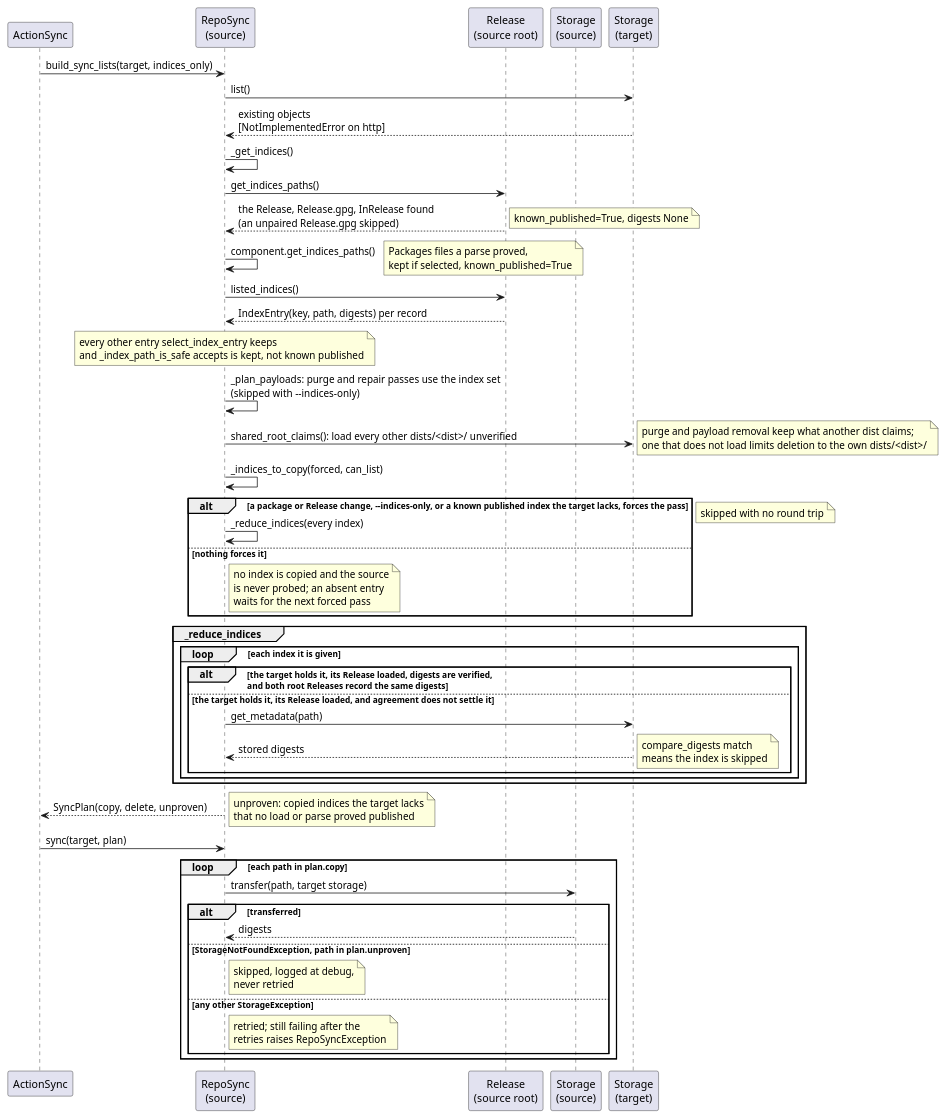
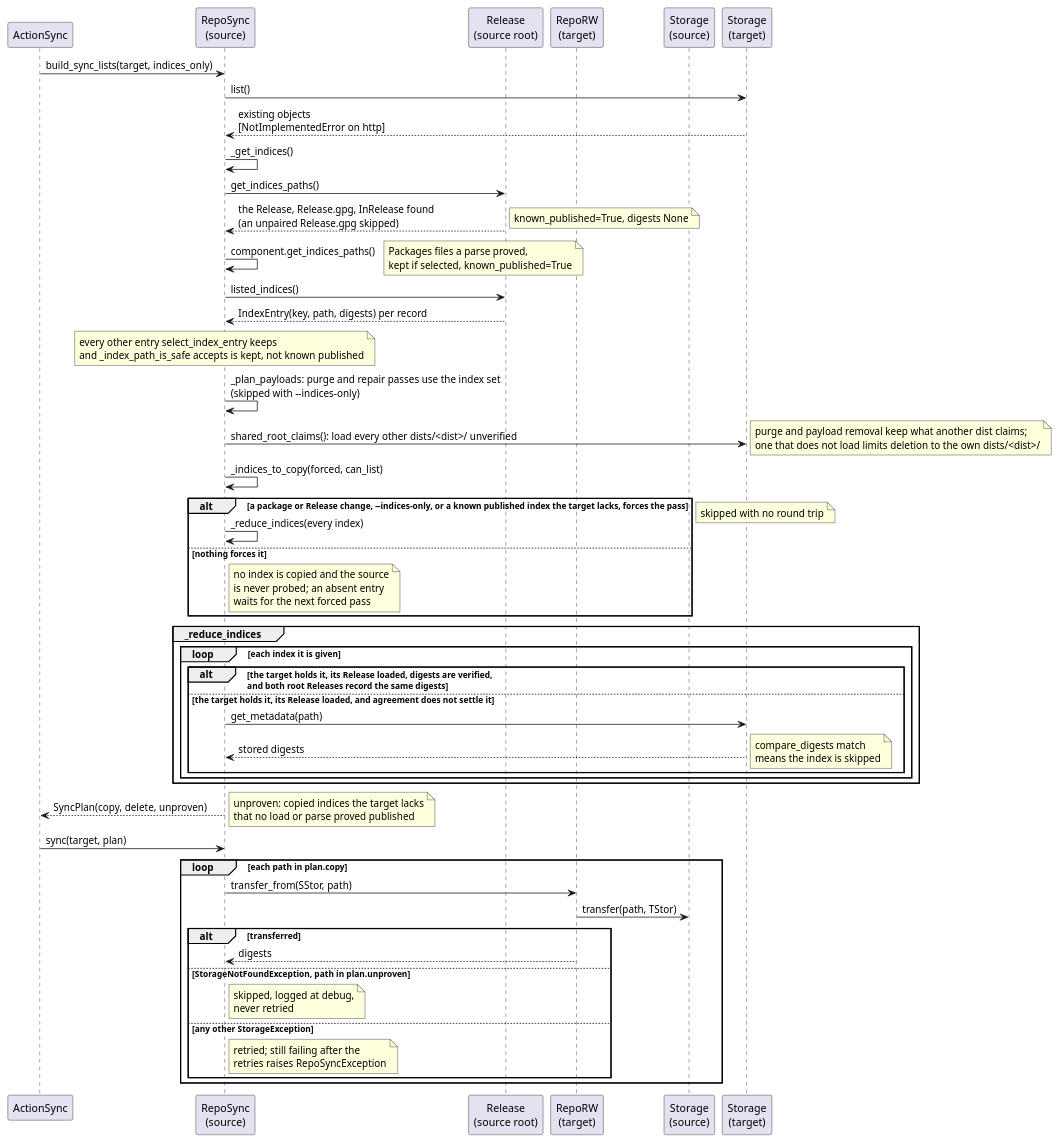
The diagram in docs/development/diagrams/repo-sync-indices-sequence.puml (vinklat/debkit), drawn with PlantUML before and after one commit. The commit also changed 14 other files, not shown here.

```diff
--- a/docs/development/diagrams/repo-sync-indices-sequence.puml
+++ b/docs/development/diagrams/repo-sync-indices-sequence.puml
@@ -1,60 +1,62 @@
 @startuml
 participant ActionSync
 participant "RepoSync\n(source)" as Src
 participant "Release\n(source root)" as Rel
+participant "RepoRW\n(target)" as Tgt
 participant "Storage\n(source)" as SStor
 participant "Storage\n(target)" as TStor
 
 ActionSync -> Src: build_sync_lists(target, indices_only)
 Src -> TStor: list()
 TStor --> Src: existing objects\n[NotImplementedError on http]
 
 Src -> Src: _get_indices()
 Src -> Rel: get_indices_paths()
 Rel --> Src: the Release, Release.gpg, InRelease found\n(an unpaired Release.gpg skipped)
 note right: known_published=True, digests None
 Src -> Src: component.get_indices_paths()
 note right: Packages files a parse proved,\nkept if selected, known_published=True
 Src -> Rel: listed_indices()
 Rel --> Src: IndexEntry(key, path, digests) per record
 
 note over Src: every other entry select_index_entry keeps\nand _index_path_is_safe accepts is kept, not known published
 
 Src -> Src: _plan_payloads: purge and repair passes use the index set\n(skipped with --indices-only)
 Src -> TStor: shared_root_claims(): load every other dists/<dist>/ unverified
 note right: purge and payload removal keep what another dist claims;\none that does not load limits deletion to the own dists/<dist>/
 
 Src -> Src: _indices_to_copy(forced, can_list)
 alt a package or Release change, --indices-only, or a known published index the target lacks, forces the pass
   Src -> Src: _reduce_indices(every index)
 else nothing forces it
   note right of Src: no index is copied and the source\nis never probed; an absent entry\nwaits for the next forced pass
 end
 
 group _reduce_indices
   loop each index it is given
     alt the target holds it, its Release loaded, digests are verified,\nand both root Releases record the same digests
       note right: skipped with no round trip
     else the target holds it, its Release loaded, and agreement does not settle it
       Src -> TStor: get_metadata(path)
       TStor --> Src: stored digests
       note right: compare_digests match\nmeans the index is skipped
     end
   end
 end
 
 Src --> ActionSync: SyncPlan(copy, delete, unproven)
 note right: unproven: copied indices the target lacks\nthat no load or parse proved published
 
 ActionSync -> Src: sync(target, plan)
 loop each path in plan.copy
-  Src -> SStor: transfer(path, target storage)
+  Src -> Tgt: transfer_from(SStor, path)
+  Tgt -> SStor: transfer(path, TStor)
   alt transferred
-    SStor --> Src: digests
+    Tgt --> Src: digests
   else StorageNotFoundException, path in plan.unproven
     note right of Src: skipped, logged at debug,\nnever retried
   else any other StorageException
     note right of Src: retried; still failing after the\nretries raises RepoSyncException
   end
 end
 @enduml
```
